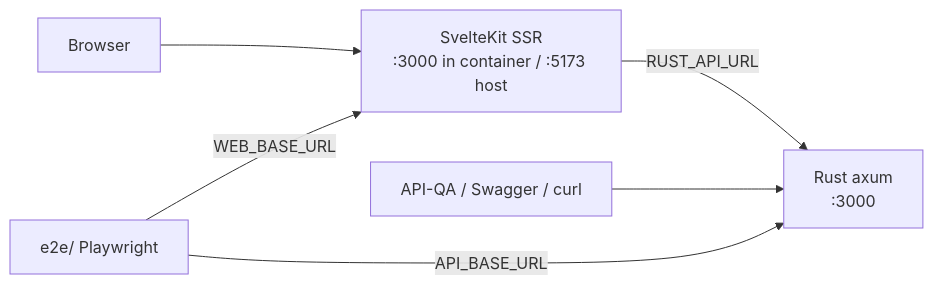
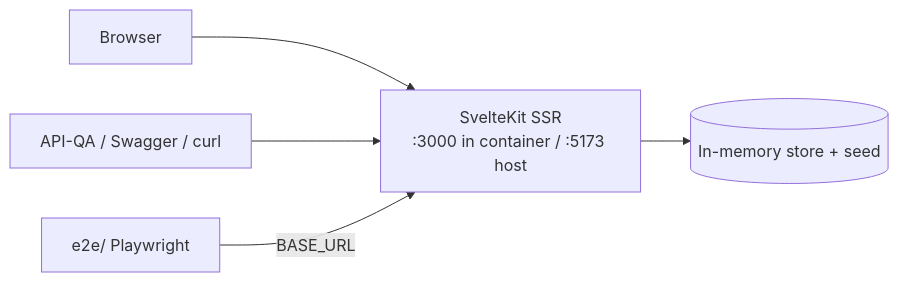
Before and after one commit to utain/insured-agent-labs: the diagram in docs/DEPLOYMENT.md, drawn with Mermaid. The commit also changed other lines of this file and 193 other files, not shown here.

````diff
--- a/docs/DEPLOYMENT.md
+++ b/docs/DEPLOYMENT.md
@@ -8,8 +8,7 @@
 ```mermaid
 flowchart LR
     Browser --> Web[SvelteKit SSR<br/>:3000 in container / :5173 host]
-    Web -- RUST_API_URL --> Backend[Rust axum<br/>:3000]
-    QA[API-QA / Swagger / curl] --> Backend
-    E2E[e2e/ Playwright] -- WEB_BASE_URL --> Web
-    E2E -- API_BASE_URL --> Backend
+    QA[API-QA / Swagger / curl] --> Web
+    E2E[e2e/ Playwright] -- BASE_URL --> Web
+    Web --> DB[(In-memory store + seed)]
 ```
````
